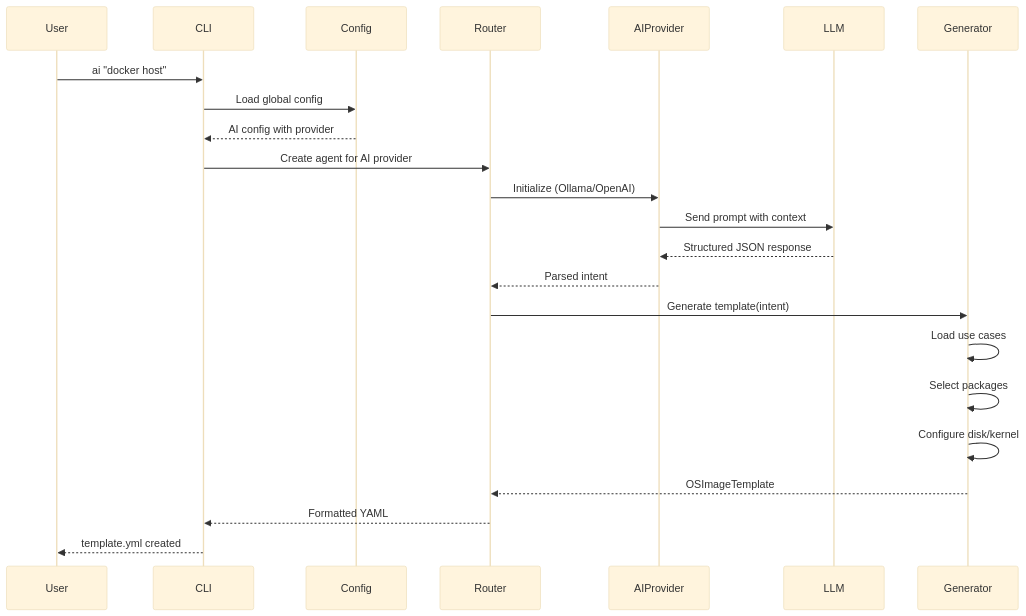
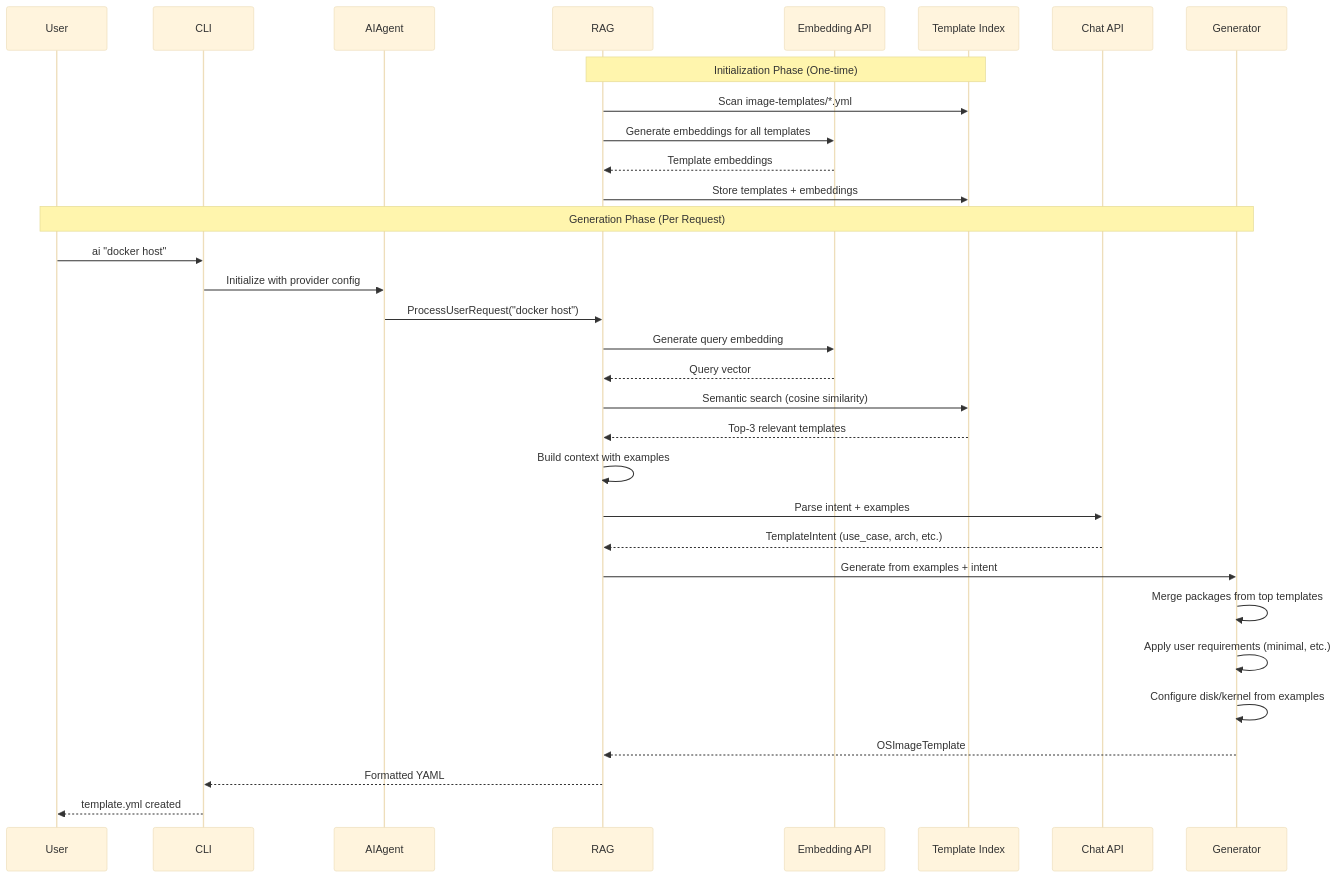
Before and after one commit to open-edge-platform/os-image-composer: the third of 4 diagrams in docs/architecture/os-image-composer-ai-template-generation.md, drawn with Mermaid (base theme). The commit also changed other lines of this file, not shown here.

Commit message:
Changed design to RAG-based template generation

````diff
--- a/docs/architecture/os-image-composer-ai-template-generation.md
+++ b/docs/architecture/os-image-composer-ai-template-generation.md
@@ -175,29 +225,41 @@
 ```mermaid
 sequenceDiagram
     participant User
     participant CLI
-    participant Config
-    participant Router
-    participant AIProvider
-    participant LLM
+    participant AIAgent
+    participant RAG
+    participant EmbedAPI as Embedding API
+    participant TemplateDB as Template Index
+    participant ChatAPI as Chat API
     participant Generator
     
+    Note over RAG,TemplateDB: Initialization Phase (One-time)
+    RAG->>TemplateDB: Scan image-templates/*.yml
+    RAG->>EmbedAPI: Generate embeddings for all templates
+    EmbedAPI-->>RAG: Template embeddings
+    RAG->>TemplateDB: Store templates + embeddings
+    
+    Note over User,Generator: Generation Phase (Per Request)
     User->>CLI: ai "docker host"
-    CLI->>Config: Load global config
-    Config-->>CLI: AI config with provider
-    CLI->>Router: Create agent for AI provider
-    Router->>AIProvider: Initialize (Ollama/OpenAI)
+    CLI->>AIAgent: Initialize with provider config
+    AIAgent->>RAG: ProcessUserRequest("docker host")
     
-    AIProvider->>LLM: Send prompt with context
-    LLM-->>AIProvider: Structured JSON response
-    AIProvider-->>Router: Parsed intent
+    RAG->>EmbedAPI: Generate query embedding
+    EmbedAPI-->>RAG: Query vector
     
-    Router->>Generator: Generate template(intent)
-    Generator->>Generator: Load use cases
-    Generator->>Generator: Select packages
-    Generator->>Generator: Configure disk/kernel
-    Generator-->>Router: OSImageTemplate
+    RAG->>TemplateDB: Semantic search (cosine similarity)
+    TemplateDB-->>RAG: Top-3 relevant templates
     
-    Router-->>CLI: Formatted YAML
+    RAG->>RAG: Build context with examples
+    RAG->>ChatAPI: Parse intent + examples
+    ChatAPI-->>RAG: TemplateIntent (use_case, arch, etc.)
+    
+    RAG->>Generator: Generate from examples + intent
+    Generator->>Generator: Merge packages from top templates
+    Generator->>Generator: Apply user requirements (minimal, etc.)
+    Generator->>Generator: Configure disk/kernel from examples
+    Generator-->>RAG: OSImageTemplate
+    
+    RAG-->>CLI: Formatted YAML
     CLI-->>User: template.yml created
 ```
````
